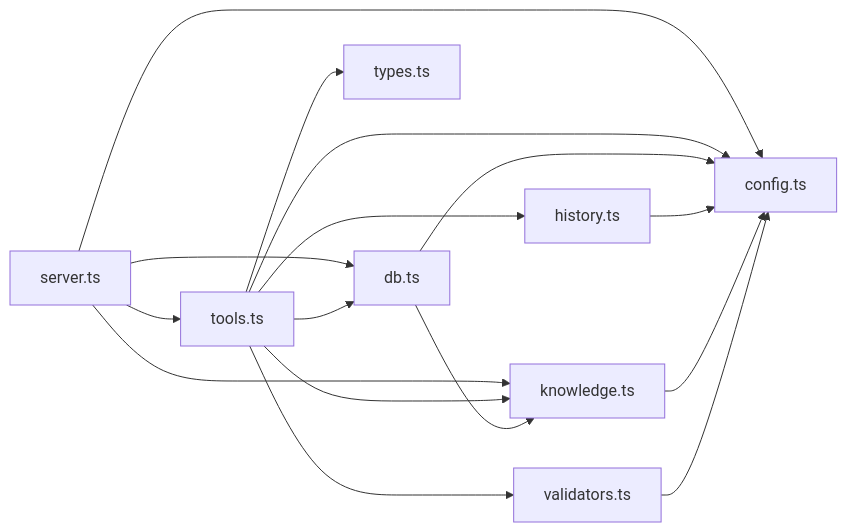
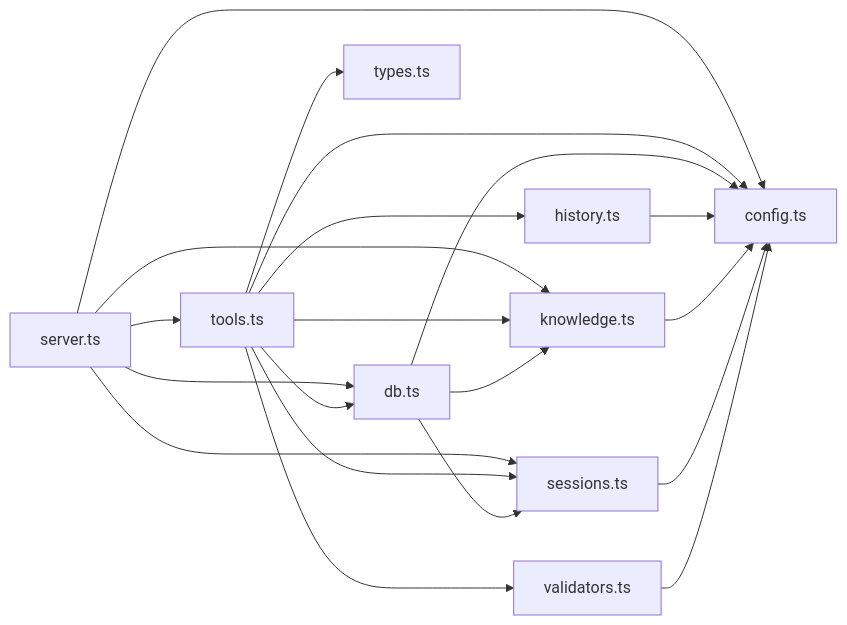
One commit to lchaoer/claudecode-oepnclaw-mem changed the second of 11 diagrams in ARCHITECTURE.md. Above: the diagram before and after it, drawn with Mermaid. The commit also changed other lines of this file and 2 other files, not shown here.

````diff
--- a/ARCHITECTURE.md
+++ b/ARCHITECTURE.md
@@ -61,20 +62,24 @@
 ```mermaid
 graph LR
     SERVER["server.ts"] --> TOOLS["tools.ts"]
     SERVER --> CONFIG["config.ts"]
     SERVER --> DB["db.ts"]
     SERVER --> KNOWLEDGE["knowledge.ts"]
+    SERVER --> SESSIONS["sessions.ts"]
 
     TOOLS --> DB
     TOOLS --> HISTORY["history.ts"]
     TOOLS --> KNOWLEDGE
+    TOOLS --> SESSIONS
     TOOLS --> VALIDATORS["validators.ts"]
     TOOLS --> CONFIG
     TOOLS --> TYPES["types.ts"]
 
     DB --> CONFIG
     DB --> KNOWLEDGE
+    DB --> SESSIONS
     HISTORY --> CONFIG
     KNOWLEDGE --> CONFIG
+    SESSIONS --> CONFIG
     VALIDATORS --> CONFIG
 ```
````
